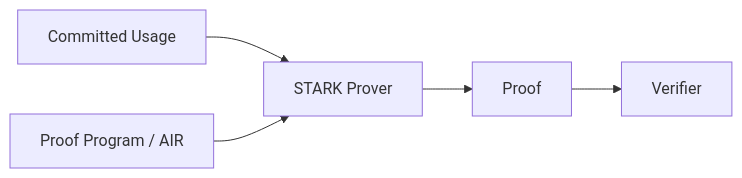
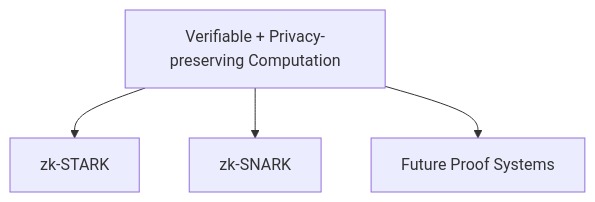
One commit to ShigeichiroYamasaki/creator-first-platform changed diagram 17 of 46 in docs/whitepaper/13-roadmap.md. Above: the diagram before and after it, drawn with Mermaid. The commit also changed other lines of this file, not shown here.

````diff
--- a/docs/whitepaper/13-roadmap.md
+++ b/docs/whitepaper/13-roadmap.md
@@ -561,12 +553,8 @@
 ```mermaid
-flowchart LR
-    INPUT[Committed Usage]
-    PROGRAM[Proof Program / AIR]
-    PROVER[STARK Prover]
-    PROOF[Proof]
-    VERIFIER[Verifier]
+flowchart TD
+    REQ[Verifiable + Privacy-preserving Computation]
 
-    INPUT --> PROVER
-    PROGRAM --> PROVER
-    PROVER --> PROOF --> VERIFIER
+    REQ --> STARK[zk-STARK]
+    REQ --> SNARK[zk-SNARK]
+    REQ --> FUTURE[Future Proof Systems]
 ```
````
